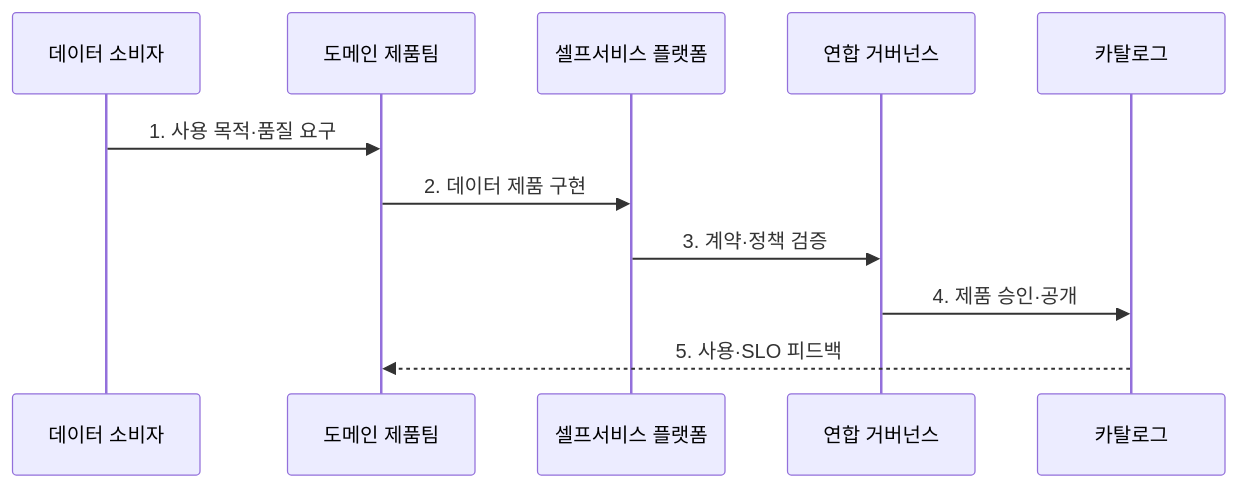
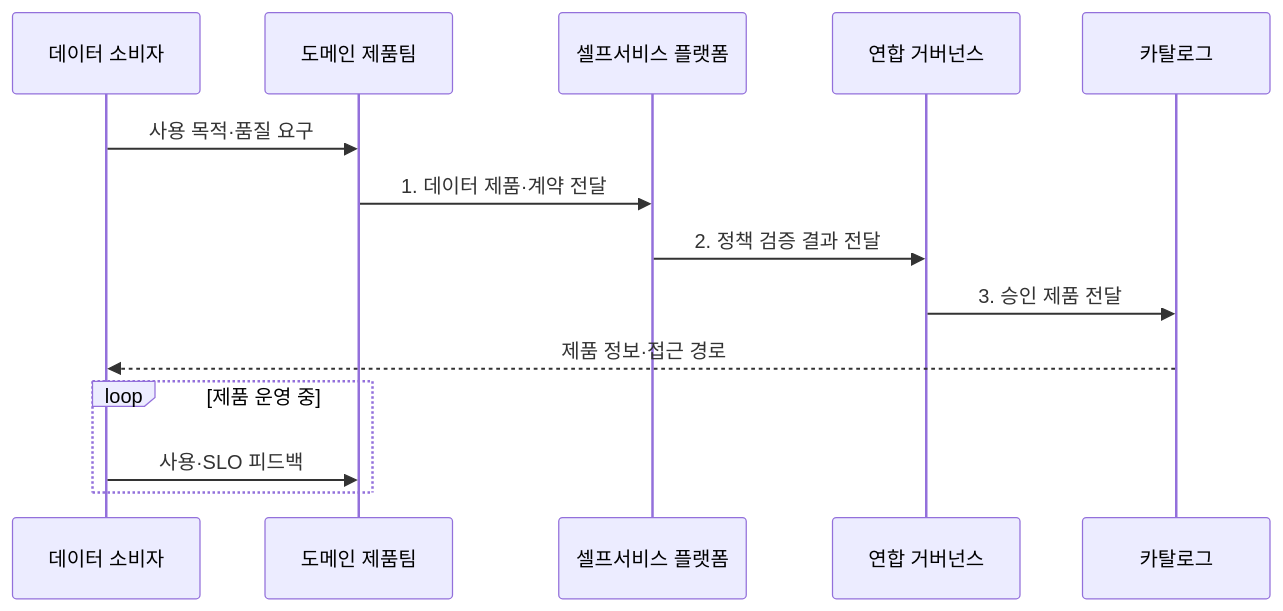
One commit to agnusdei1207/knowledge-base changed the second of 2 diagrams in src/content/docs/notes/08-latest-tech/193_data_mesh.md. Above: the diagram before and after it, drawn with Mermaid. The commit also changed other lines of this file and 225 other files, not shown here.

````diff
--- a/src/content/docs/notes/08-latest-tech/193_data_mesh.md
+++ b/src/content/docs/notes/08-latest-tech/193_data_mesh.md
@@ -75,13 +75,16 @@
 ```mermaid
 sequenceDiagram
   participant C as 데이터 소비자
   participant D as 도메인 제품팀
   participant P as 셀프서비스 플랫폼
   participant G as 연합 거버넌스
   participant K as 카탈로그
-  C->>D: 1. 사용 목적·품질 요구
-  D->>P: 2. 데이터 제품 구현
-  P->>G: 3. 계약·정책 검증
-  G->>K: 4. 제품 승인·공개
-  K-->>D: 5. 사용·SLO 피드백
+  C->>D: 사용 목적·품질 요구
+  D->>P: 1. 데이터 제품·계약 전달
+  P->>G: 2. 정책 검증 결과 전달
+  G->>K: 3. 승인 제품 전달
+  K-->>C: 제품 정보·접근 경로
+  loop 제품 운영 중
+    C->>D: 사용·SLO 피드백
+  end
 ```
````
